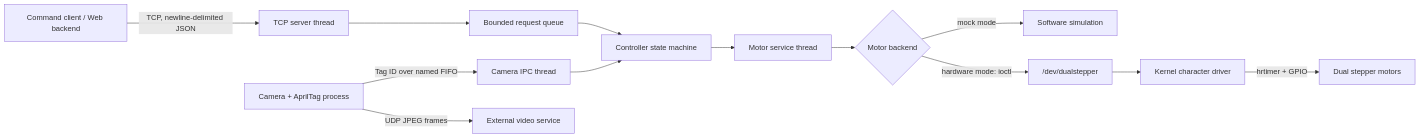
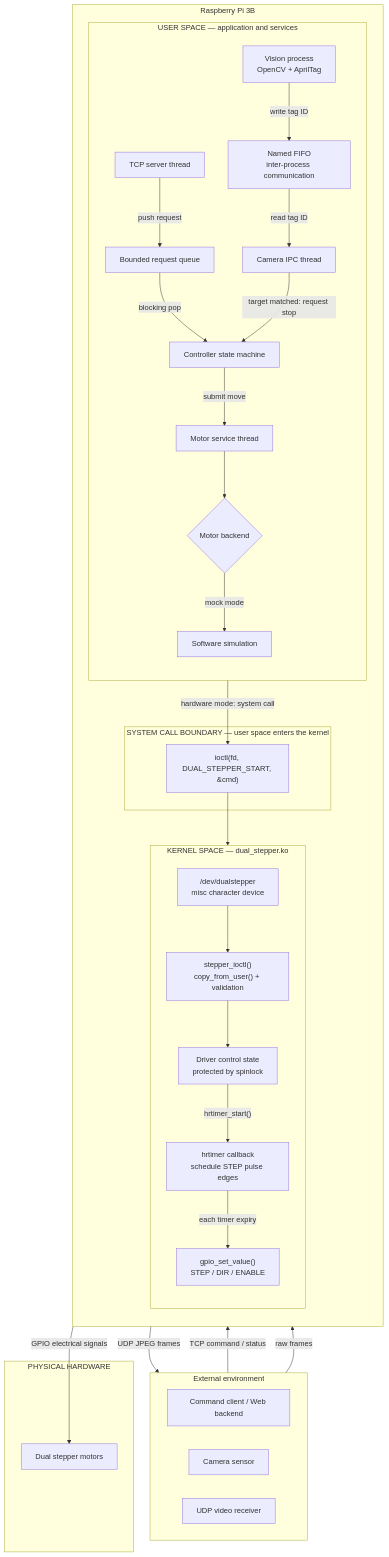
Before and after one commit to JeffKhons/embedded_systems_project: the diagram in README.md, drawn with Mermaid.

Commit message:
docs: redesign architecture diagram by execution layer

````diff
--- a/README.md
+++ b/README.md
@@ -27,17 +27,67 @@
 ```mermaid
-flowchart LR
-    UI["Command client / Web backend"] -->|"TCP, newline-delimited JSON"| TCP["TCP server thread"]
-    TCP --> Queue["Bounded request queue"]
-    Queue --> Controller["Controller state machine"]
+flowchart TB
+    subgraph External["External environment"]
+        direction LR
+        Client["Command client / Web backend"]
+        Camera["Camera sensor"]
+        Video["UDP video receiver"]
+    end
 
-    Camera["Camera + AprilTag process"] -->|"Tag ID over named FIFO"| Vision["Camera IPC thread"]
-    Vision --> Controller
-    Camera -->|"UDP JPEG frames"| Video["External video service"]
+    subgraph RPi["Raspberry Pi 3B"]
+        direction TB
 
-    Controller --> Motor["Motor service thread"]
-    Motor --> Backend{"Motor backend"}
-    Backend -->|"mock mode"| Mock["Software simulation"]
-    Backend -->|"hardware mode: ioctl"| Device["/dev/dualstepper"]
-    Device --> Driver["Kernel character driver"]
-    Driver -->|"hrtimer + GPIO"| Motors["Dual stepper motors"]
+        subgraph UserSpace["USER SPACE — application and services"]
+            direction TB
+            TCP["TCP server thread"]
+            Queue["Bounded request queue"]
+            Controller["Controller state machine"]
+            Motor["Motor service thread"]
+            Backend{"Motor backend"}
+            Mock["Software simulation"]
+
+            VisionApp["Vision process<br/>OpenCV + AprilTag"]
+            FIFO["Named FIFO<br/>inter-process communication"]
+            CameraIPC["Camera IPC thread"]
+
+            TCP -->|"push request"| Queue
+            Queue -->|"blocking pop"| Controller
+            Controller -->|"submit move"| Motor
+            Motor --> Backend
+            Backend -->|"mock mode"| Mock
+
+            VisionApp -->|"write tag ID"| FIFO
+            FIFO -->|"read tag ID"| CameraIPC
+            CameraIPC -->|"target matched: request stop"| Controller
+        end
+
+        subgraph SyscallBoundary["SYSTEM CALL BOUNDARY — user space enters the kernel"]
+            IOCTL["ioctl(fd, DUAL_STEPPER_START, &cmd)"]
+        end
+
+        subgraph KernelSpace["KERNEL SPACE — dual_stepper.ko"]
+            direction TB
+            Device["/dev/dualstepper<br/>misc character device"]
+            Handler["stepper_ioctl()<br/>copy_from_user() + validation"]
+            State["Driver control state<br/>protected by spinlock"]
+            Timer["hrtimer callback<br/>schedule STEP pulse edges"]
+            GPIO["gpio_set_value()<br/>STEP / DIR / ENABLE"]
+
+            Device --> Handler
+            Handler --> State
+            State -->|"hrtimer_start()"| Timer
+            Timer -->|"each timer expiry"| GPIO
+        end
+
+        Backend -->|"hardware mode: system call"| IOCTL
+        IOCTL --> Device
+    end
+
+    subgraph Hardware["PHYSICAL HARDWARE"]
+        Motors["Dual stepper motors"]
+    end
+
+    Client -->|"TCP command / status"| TCP
+    Camera -->|"raw frames"| VisionApp
+    VisionApp -->|"UDP JPEG frames"| Video
+    GPIO -->|"GPIO electrical signals"| Motors
 ```
````
